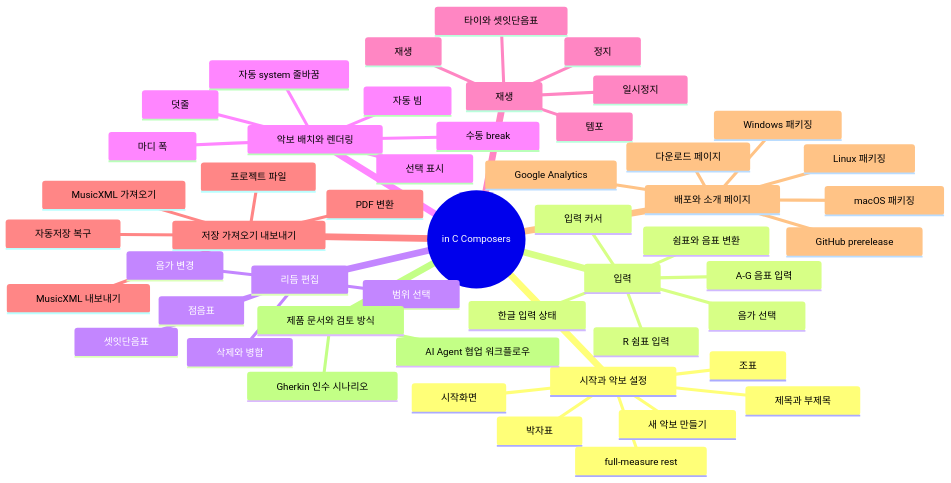
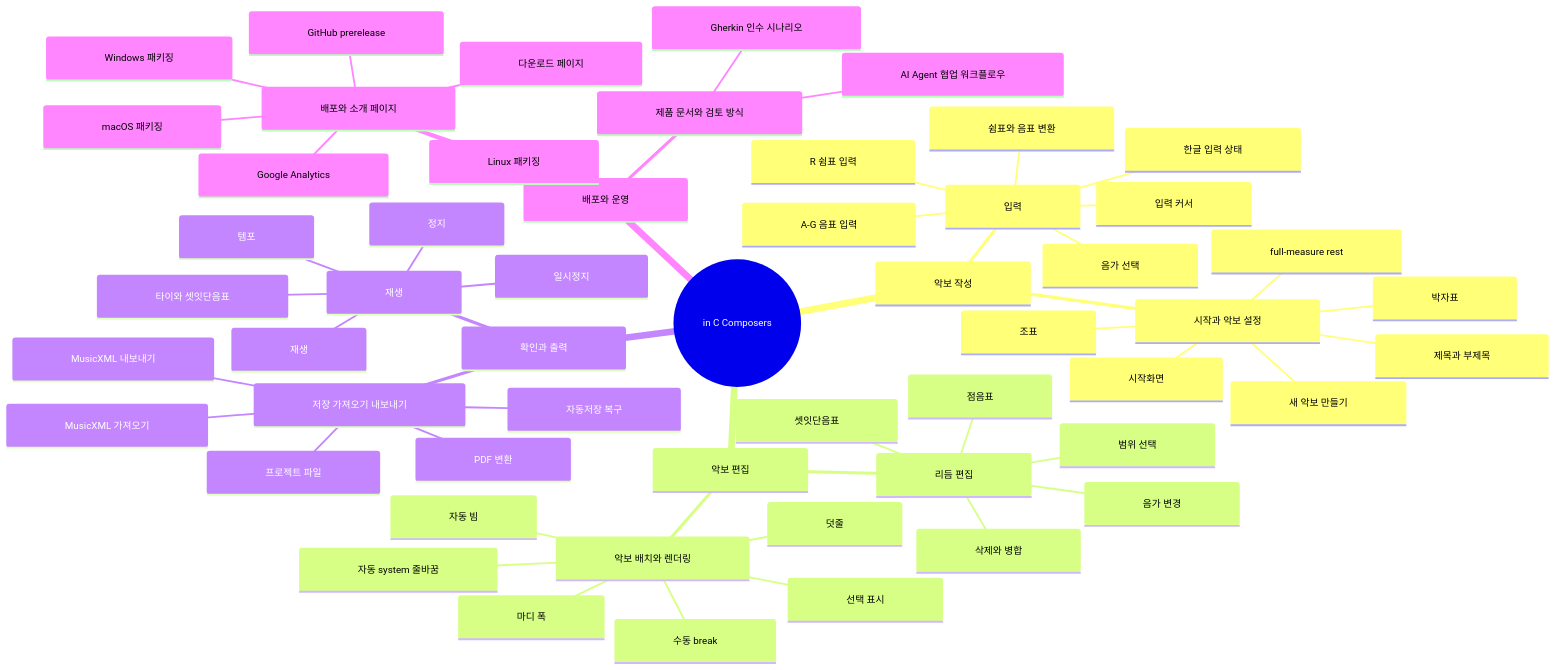
Before and after one commit to mann-lab-apps/in-c: the diagram in docs/product/feature-map.md, drawn with Mermaid.

Commit message:
Group feature map mindmap sections

````diff
--- a/docs/product/feature-map.md
+++ b/docs/product/feature-map.md
@@ -10,54 +10,58 @@
 ```mermaid
-%%{init: {"mindmap": {"useMaxWidth": false, "padding": 24, "maxNodeWidth": 280}}}%%
+%%{init: {"mindmap": {"useMaxWidth": false, "padding": 48, "maxNodeWidth": 280}}}%%
 mindmap
   root((in C Composers))
-    시작과 악보 설정
-      시작화면
-      새 악보 만들기
-      제목과 부제목
-      박자표
-      조표
-      full-measure rest
-    입력
-      음가 선택
-      A-G 음표 입력
-      쉼표와 음표 변환
-      R 쉼표 입력
-      입력 커서
-      한글 입력 상태
-    리듬 편집
-      음가 변경
-      삭제와 병합
-      점음표
-      셋잇단음표
-      범위 선택
-    악보 배치와 렌더링
-      자동 system 줄바꿈
-      마디 폭
-      자동 빔
-      덧줄
-      선택 표시
-      수동 break
-    재생
+    악보 작성
+      시작과 악보 설정
+        시작화면
+        새 악보 만들기
+        제목과 부제목
+        박자표
+        조표
+        full-measure rest
+      입력
+        음가 선택
+        A-G 음표 입력
+        쉼표와 음표 변환
+        R 쉼표 입력
+        입력 커서
+        한글 입력 상태
+    악보 편집
+      리듬 편집
+        음가 변경
+        삭제와 병합
+        점음표
+        셋잇단음표
+        범위 선택
+      악보 배치와 렌더링
+        자동 system 줄바꿈
+        마디 폭
+        자동 빔
+        덧줄
+        선택 표시
+        수동 break
+    확인과 출력
       재생
-      일시정지
-      정지
-      템포
-      타이와 셋잇단음표
-    저장 가져오기 내보내기
-      MusicXML 가져오기
-      MusicXML 내보내기
-      PDF 변환
-      자동저장 복구
-      프로젝트 파일
-    배포와 소개 페이지
-      GitHub prerelease
-      macOS 패키징
-      Windows 패키징
-      Linux 패키징
-      다운로드 페이지
-      Google Analytics
-    제품 문서와 검토 방식
-      Gherkin 인수 시나리오
-      AI Agent 협업 워크플로우
+        재생
+        일시정지
+        정지
+        템포
+        타이와 셋잇단음표
+      저장 가져오기 내보내기
+        MusicXML 가져오기
+        MusicXML 내보내기
+        PDF 변환
+        자동저장 복구
+        프로젝트 파일
+    배포와 운영
+      배포와 소개 페이지
+        GitHub prerelease
+        macOS 패키징
+        Windows 패키징
+        Linux 패키징
+        다운로드 페이지
+        Google Analytics
+      제품 문서와 검토 방식
+        Gherkin 인수 시나리오
+        AI Agent 협업 워크플로우
 ```
````
